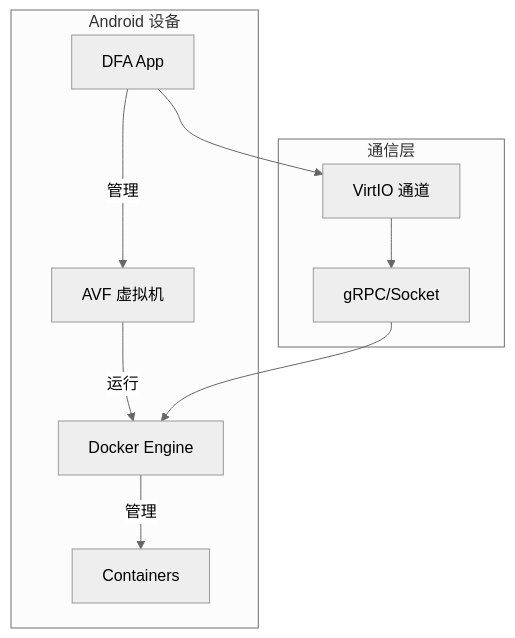
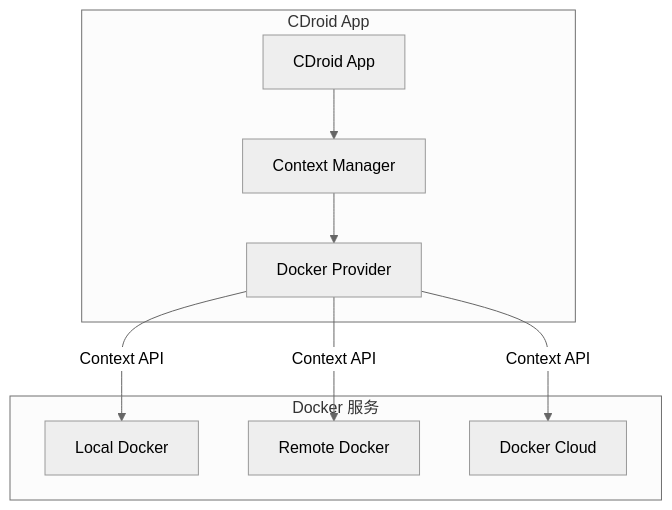
The first of 7 diagrams in docs/DOCKER-INTEGRATION.md (LineCatOvO/DFA), drawn with Mermaid (neutral theme) before and after one commit. The commit also changed other lines of this file and 25 other files, not shown here.

````diff
--- a/docs/DOCKER-INTEGRATION.md
+++ b/docs/DOCKER-INTEGRATION.md
@@ -24,22 +23,20 @@
 ```mermaid
 graph TB
-    subgraph "Android 设备"
-        A[DFA App]
-        B[AVF 虚拟机]
-        C[Docker Engine]
-        D[Containers]
+    subgraph "CDroid App"
+        A[CDroid App]
+        B[Context Manager]
+        C[Docker Provider]
     end
     
-    A -->|管理| B
-    B -->|运行| C
-    C -->|管理| D
-    
-    subgraph "通信层"
-        E[VirtIO 通道]
-        F[gRPC/Socket]
+    subgraph "Docker 服务"
+        D[Local Docker]
+        E[Remote Docker]
+        F[Docker Cloud]
     end
     
-    A --> E
-    E --> F
-    F --> C
+    A --> B
+    B --> C
+    C -->|Context API| D
+    C -->|Context API| E
+    C -->|Context API| F
 ```
````
